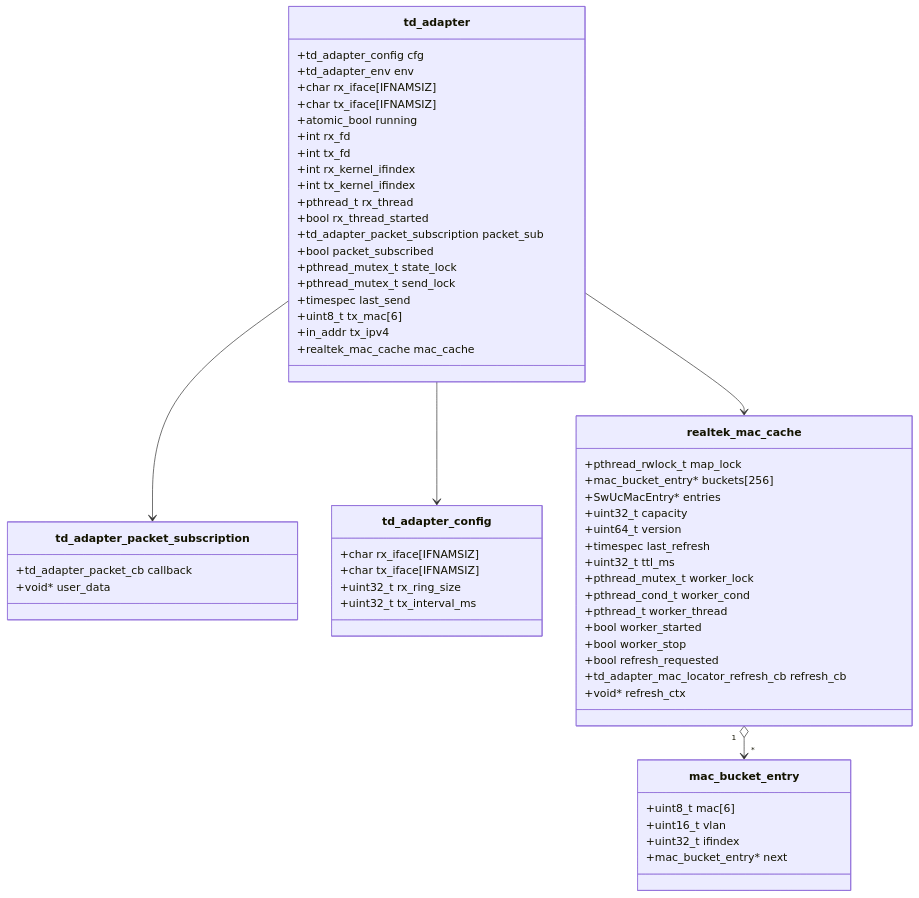
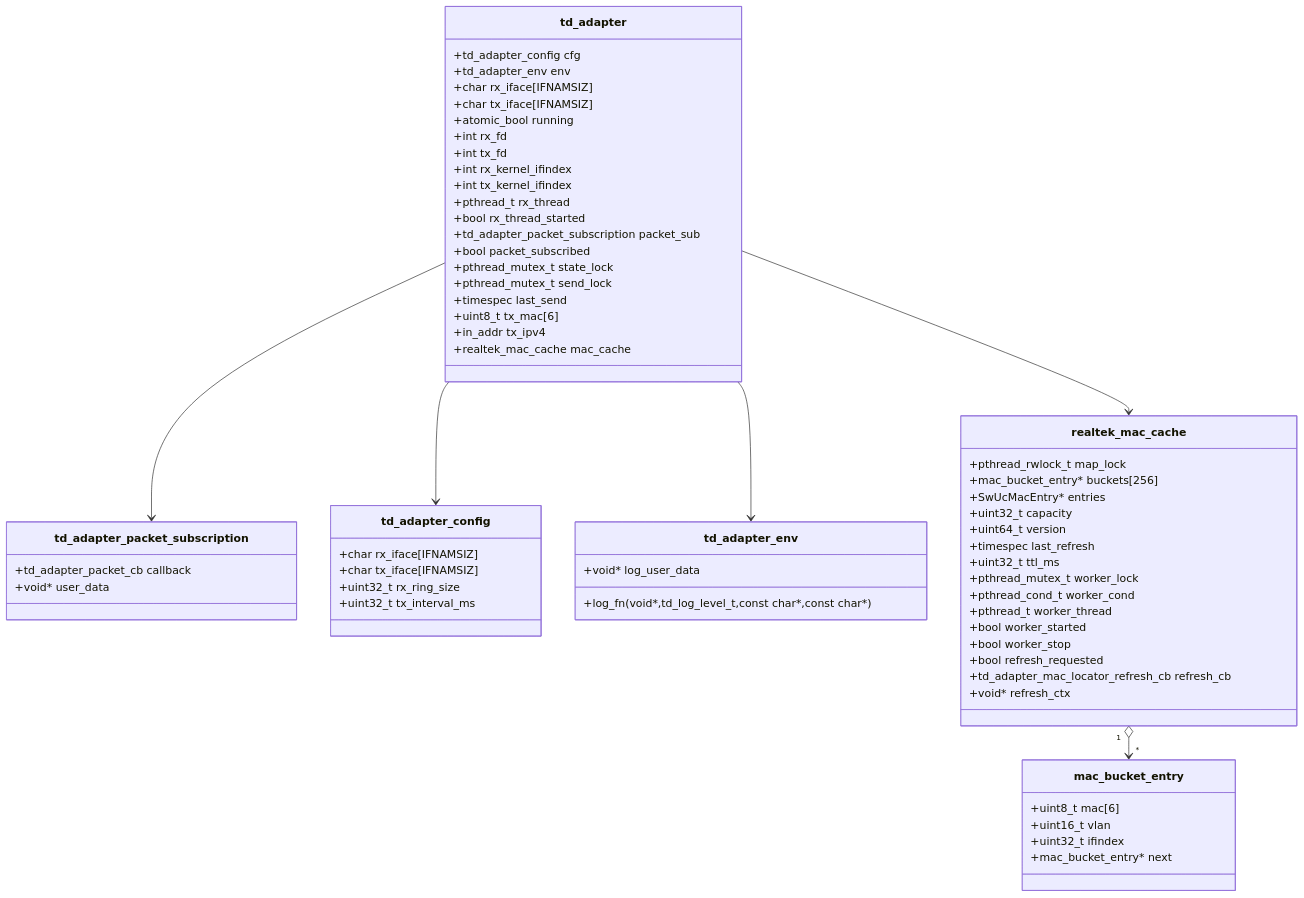
One commit to adinxu/Demo changed the fifth of 11 diagrams in C++/Windows/CodeBlocks/TerminalDiscovery/doc/design/src_overview.md. Above: the diagram before and after it, drawn with Mermaid. The commit also changed other lines of this file and 8 other files, not shown here.

````diff
--- a/C++/Windows/CodeBlocks/TerminalDiscovery/doc/design/src_overview.md
+++ b/C++/Windows/CodeBlocks/TerminalDiscovery/doc/design/src_overview.md
@@ -412,61 +427,66 @@
 ```mermaid
 classDiagram
   class td_adapter {
     +td_adapter_config cfg
     +td_adapter_env env
     +char rx_iface[IFNAMSIZ]
     +char tx_iface[IFNAMSIZ]
     +atomic_bool running
     +int rx_fd
     +int tx_fd
     +int rx_kernel_ifindex
     +int tx_kernel_ifindex
     +pthread_t rx_thread
     +bool rx_thread_started
     +td_adapter_packet_subscription packet_sub
     +bool packet_subscribed
     +pthread_mutex_t state_lock
     +pthread_mutex_t send_lock
     +timespec last_send
     +uint8_t tx_mac[6]
     +in_addr tx_ipv4
     +realtek_mac_cache mac_cache
   }
   class td_adapter_packet_subscription {
     +td_adapter_packet_cb callback
     +void* user_data
   }
   class td_adapter_config {
     +char rx_iface[IFNAMSIZ]
     +char tx_iface[IFNAMSIZ]
     +uint32_t rx_ring_size
     +uint32_t tx_interval_ms
   }
+  class td_adapter_env {
+    +log_fn(void*,td_log_level_t,const char*,const char*)
+    +void* log_user_data
+  }
   class realtek_mac_cache {
     +pthread_rwlock_t map_lock
     +mac_bucket_entry* buckets[256]
     +SwUcMacEntry* entries
     +uint32_t capacity
     +uint64_t version
     +timespec last_refresh
     +uint32_t ttl_ms
     +pthread_mutex_t worker_lock
     +pthread_cond_t worker_cond
     +pthread_t worker_thread
     +bool worker_started
     +bool worker_stop
     +bool refresh_requested
     +td_adapter_mac_locator_refresh_cb refresh_cb
     +void* refresh_ctx
   }
   class mac_bucket_entry {
     +uint8_t mac[6]
     +uint16_t vlan
     +uint32_t ifindex
     +mac_bucket_entry* next
   }
   td_adapter --> td_adapter_packet_subscription
   td_adapter --> td_adapter_config
+  td_adapter --> td_adapter_env
   td_adapter --> realtek_mac_cache
   realtek_mac_cache "1" o--> "*" mac_bucket_entry
 ```
````
